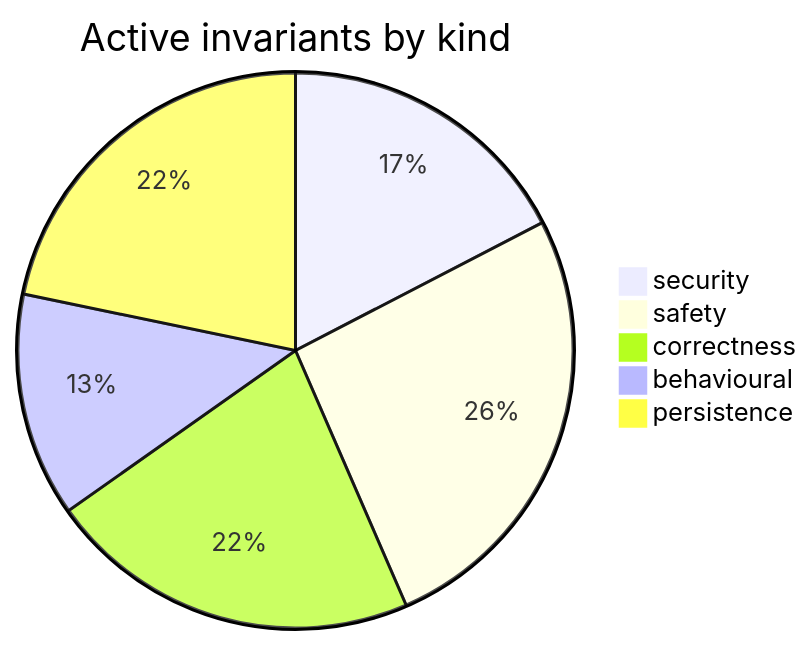
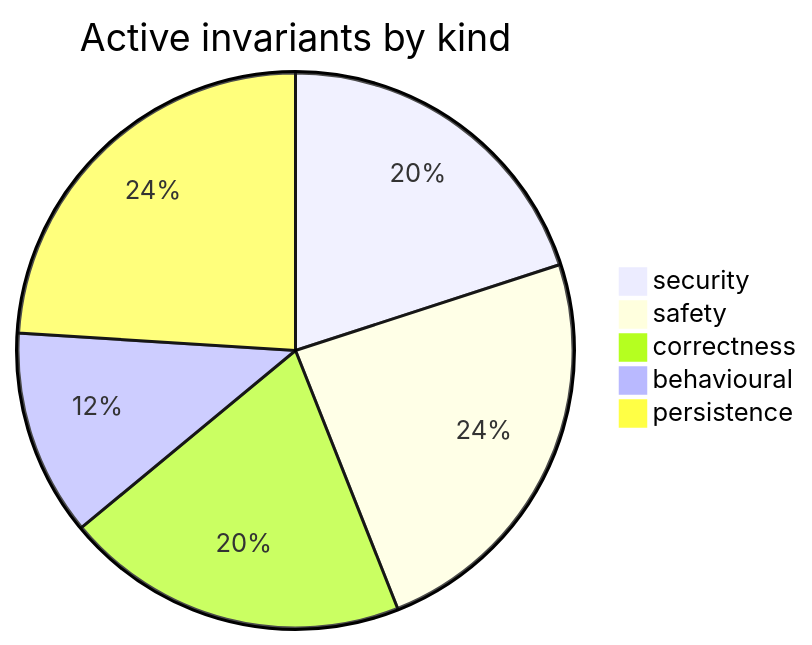
The diagram in docs/requirements-map.md (Lbstrydom/claude-engineering-skills), drawn with Mermaid before and after one commit. The commit also changed other lines of this file and 4 other files, not shown here.

````diff
--- a/docs/requirements-map.md
+++ b/docs/requirements-map.md
@@ -7,8 +7,8 @@
 ```mermaid
 pie title Active invariants by kind
-  "security" : 4
+  "security" : 5
   "safety" : 6
   "correctness" : 5
   "behavioural" : 3
-  "persistence" : 5
+  "persistence" : 6
 ```
````
